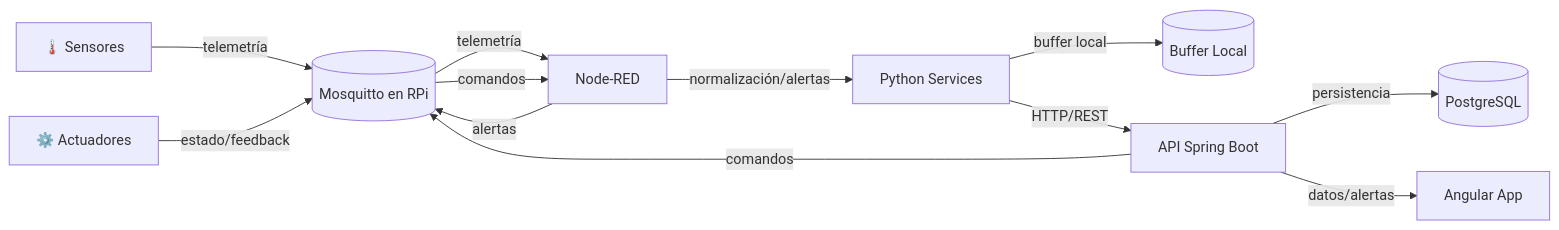
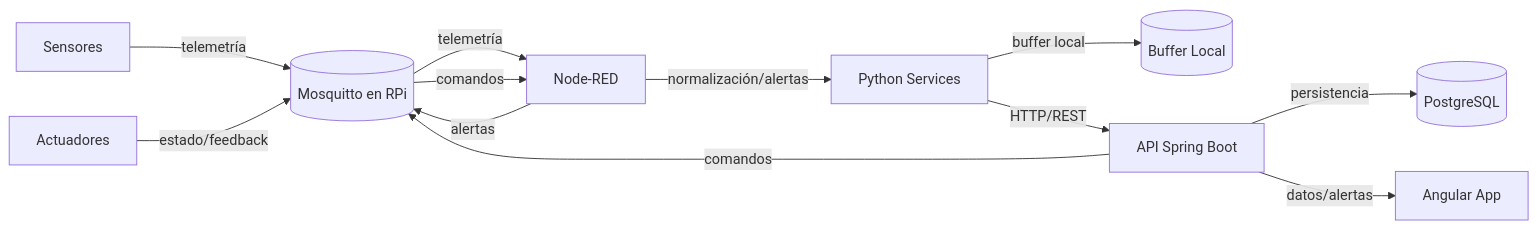
Before and after one commit to RafaLopezZz/glea-nexo: the first of 4 diagrams in README.md, drawn with Mermaid. The commit also changed other lines of this file, not shown here.

````diff
--- a/README.md
+++ b/README.md
@@ -59,14 +59,14 @@
 ```mermaid
 flowchart LR
-  Sensors[🌡️ Sensores] -->|telemetría| MQTT[(Mosquitto en RPi)]
-  Actuators[⚙️ Actuadores] -->|estado/feedback| MQTT
+  Sensors[Sensores] -->|telemetría| MQTT[(Mosquitto en RPi)]
+  Actuators[Actuadores] -->|estado/feedback| MQTT
   MQTT -->|telemetría| NR[Node-RED]
   MQTT -->|comandos| NR
   NR -->|normalización/alertas| PY[Python Services]
   PY -->|buffer local| BUF[(Buffer Local)]
   PY -->|HTTP/REST| API[API Spring Boot]
   API -->|persistencia| PG[(PostgreSQL)]
   API -->|datos/alertas| FE[Angular App]
   NR -->|alertas| MQTT
   API -->|comandos| MQTT
 ```
````
